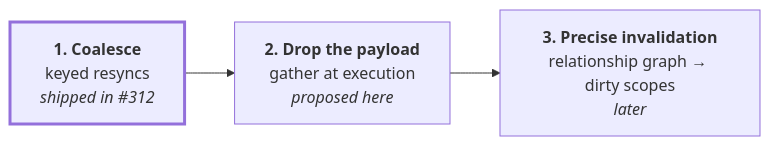
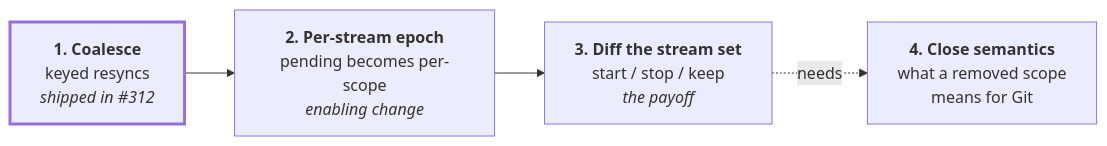
The eighth of 8 diagrams in docs/design/data-plane-triggering.md (ConfigButler/gitops-reverser), drawn with Mermaid before and after one commit. The commit also changed other lines of this file, not shown here.

First line of the commit message:
docs(design): make stream-set diffing the proposal

````diff
--- a/docs/design/data-plane-triggering.md
+++ b/docs/design/data-plane-triggering.md
@@ -390,10 +454,12 @@
 ```mermaid
 flowchart LR
     S1["<b>1. Coalesce</b><br/>keyed resyncs<br/><i>shipped in #312</i>"]
-    S2["<b>2. Drop the payload</b><br/>gather at execution<br/><i>proposed here</i>"]
-    S3["<b>3. Precise invalidation</b><br/>relationship graph → dirty scopes<br/><i>later</i>"]
+    S2["<b>2. Per-stream epoch</b><br/>pending becomes per-scope<br/><i>enabling change</i>"]
+    S3["<b>3. Diff the stream set</b><br/>start / stop / keep<br/><i>the payoff</i>"]
+    S4["<b>4. Close semantics</b><br/>what a removed scope<br/>means for Git"]
     S1 --> S2 --> S3
+    S3 -.->|"needs"| S4
 
     classDef done stroke-width:3px;
     class S1 done;
 ```
````
